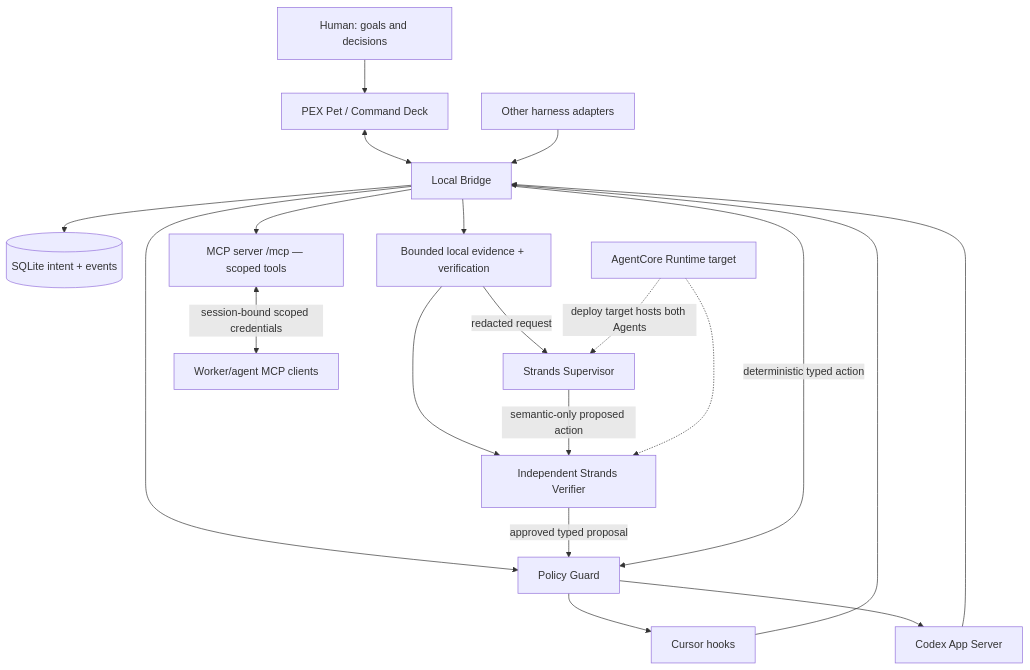
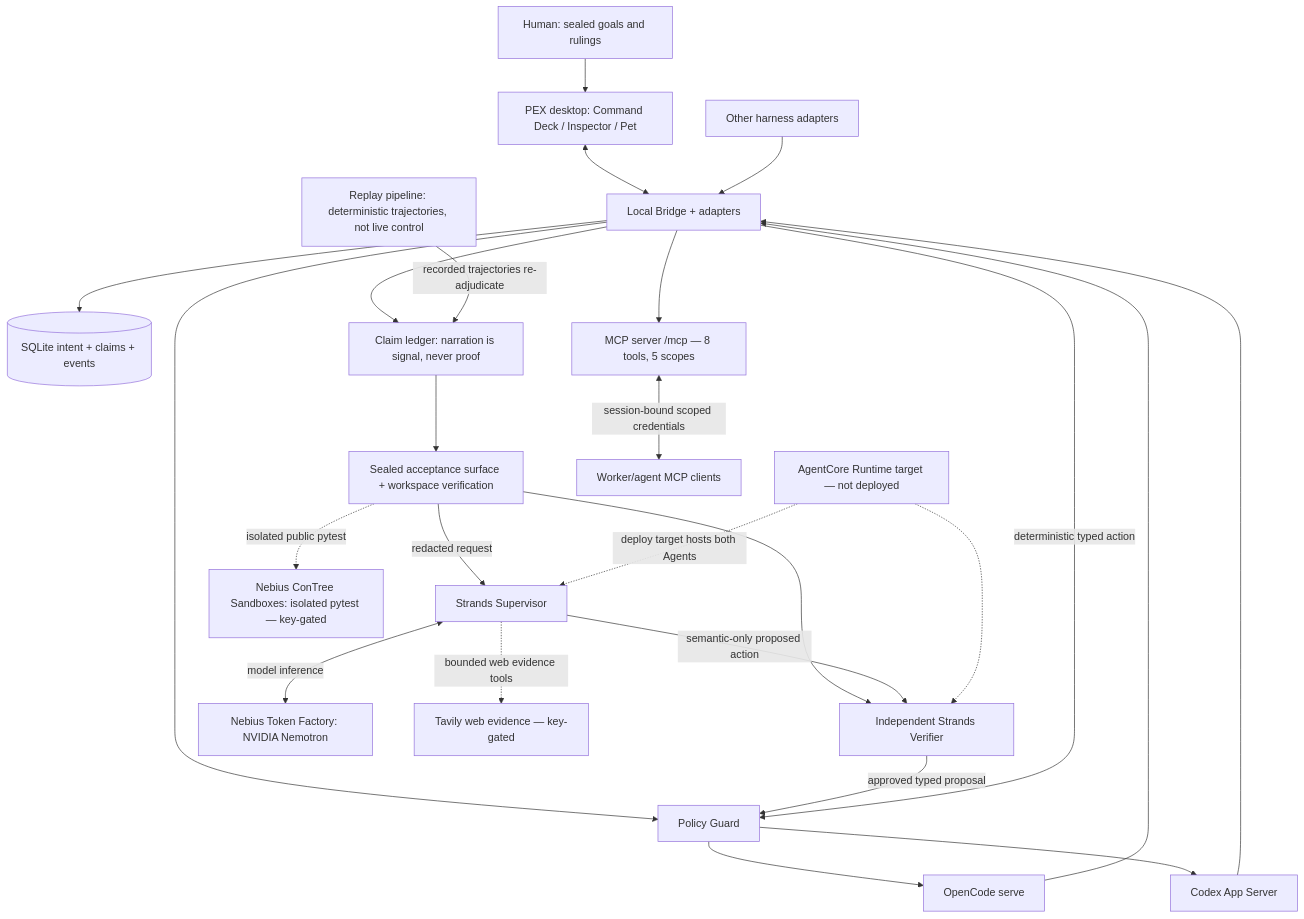
The diagram in docs/architecture/overview.md (josepha-mayo/pex), drawn with Mermaid before and after one commit. The commit also changed other lines of this file and 23 other files, not shown here.

First line of the commit message:
replay sealing hardening + modern architecture diagram + judge-path UX polish

````diff
--- a/docs/architecture/overview.md
+++ b/docs/architecture/overview.md
@@ -5,38 +5,48 @@
 ```mermaid
 flowchart TB
-  human[Human: goals and decisions]
-  pet[PEX Pet / Command Deck]
-  bridge[Local Bridge]
+  human[Human: sealed goals and rulings]
+  pet[PEX desktop: Command Deck / Inspector / Pet]
+  bridge[Local Bridge + adapters]
   policy[Policy Guard]
-  store[(SQLite intent + events)]
-  cursor[Cursor hooks]
+  store[(SQLite intent + claims + events)]
+  opencode[OpenCode serve]
   codex[Codex App Server]
   other[Other harness adapters]
   strands[Strands Supervisor]
   verifier[Independent Strands Verifier]
-  evidence[Bounded local evidence + verification]
-  runtime[AgentCore Runtime target]
+  evidence[Sealed acceptance surface + workspace verification]
+  claims[Claim ledger: narration is signal, never proof]
+  replay[Replay pipeline: deterministic trajectories, not live control]
+  runtime[AgentCore Runtime target — not deployed]
+  nebius[Nebius Token Factory: NVIDIA Nemotron]
+  contree[Nebius ConTree Sandboxes: isolated pytest — key-gated]
+  tavily[Tavily web evidence — key-gated]
 
   human --> pet
   pet <--> bridge
-  cursor --> bridge
+  opencode --> bridge
   codex --> bridge
   other --> bridge
   bridge --> store
   bridge --> policy
-  policy --> cursor
+  policy --> opencode
   policy --> codex
-  bridge --> evidence
+  bridge --> claims
+  claims --> evidence
   evidence -->|redacted request| strands
+  strands <-->|model inference| nebius
   evidence --> verifier
   strands -->|semantic-only proposed action| verifier
   verifier -->|approved typed proposal| policy
   bridge -->|deterministic typed action| policy
+  replay -->|recorded trajectories re-adjudicate| claims
   runtime -.->|deploy target hosts both Agents| strands
   runtime -.-> verifier
+  evidence -.->|isolated public pytest| contree
+  strands -.->|bounded web evidence tools| tavily
 
-  mcpserver[MCP server /mcp — scoped tools]
+  mcpserver[MCP server /mcp — 8 tools, 5 scopes]
   bridge --> mcpserver
   worker2[Worker/agent MCP clients]
   mcpserver <-->|session-bound scoped credentials| worker2
 ```
````
